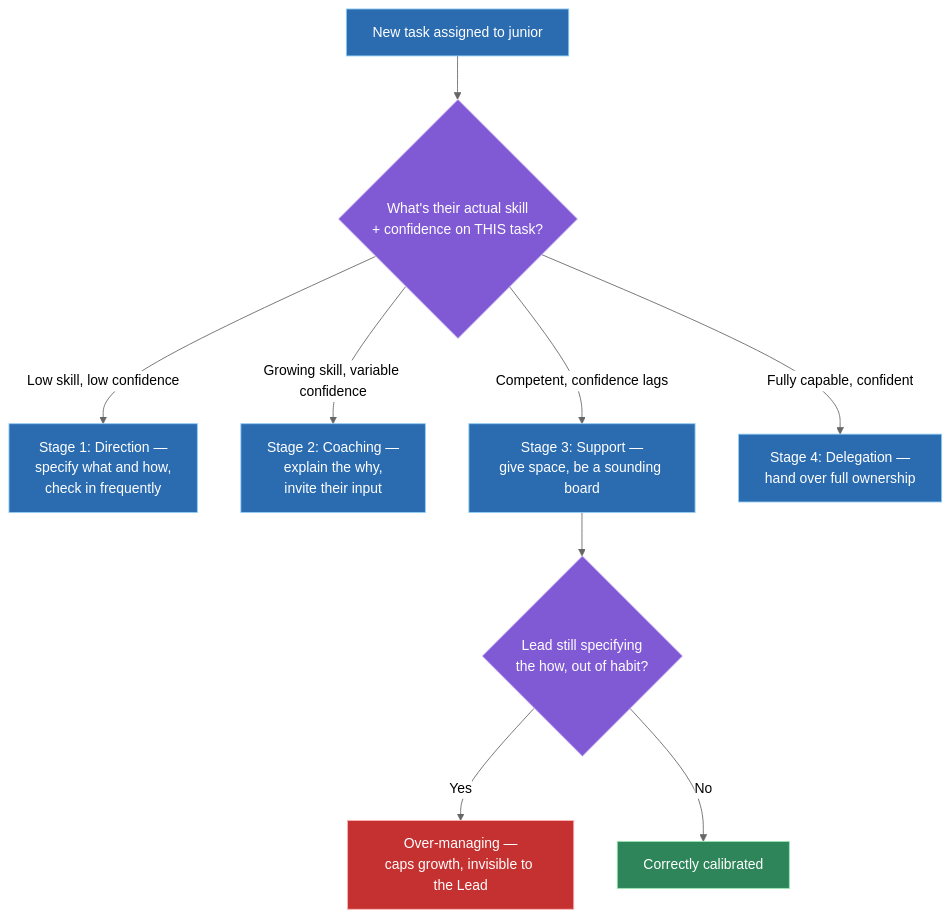
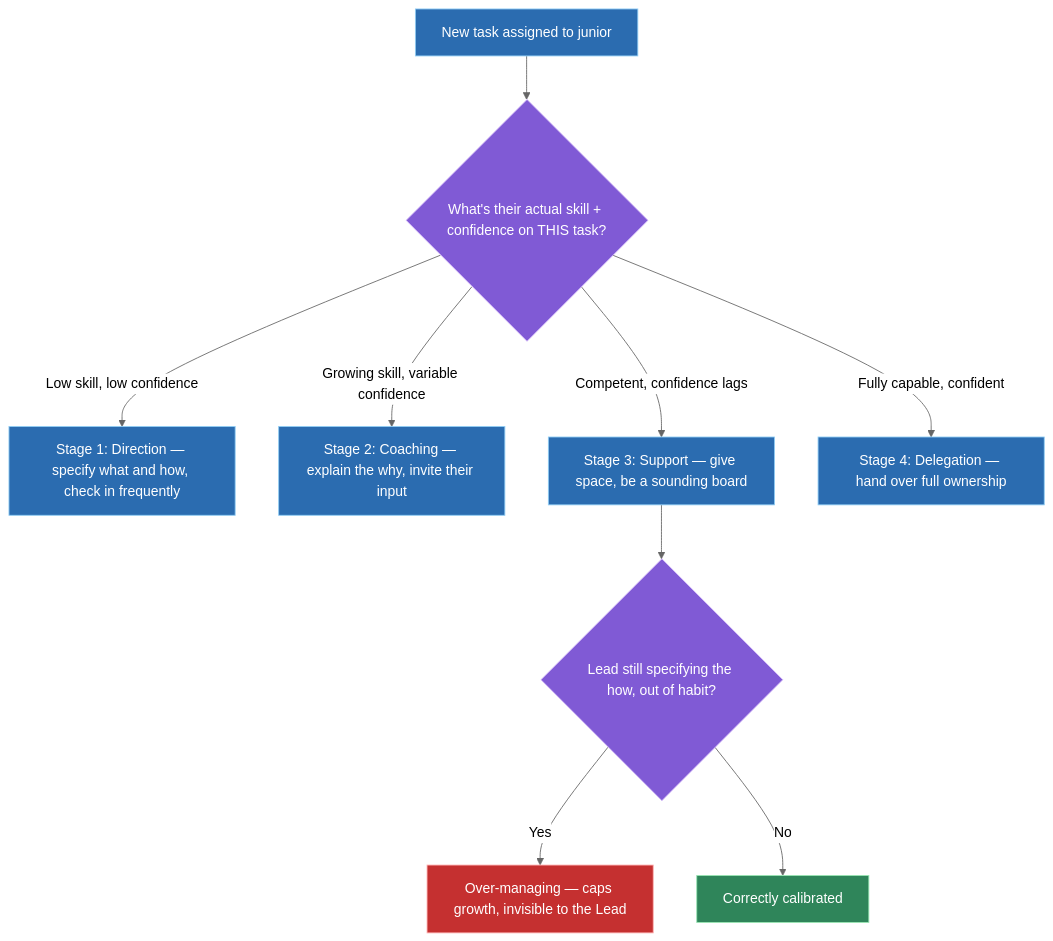
One commit to vinayakhumberi/litmus changed the first of 2 diagrams in data/topics/mentoring-juniors.md. Above: the diagram before and after it, drawn with Mermaid (neutral theme). The commit also changed other lines of this file and 68 other files, not shown here.

````diff
--- a/data/topics/mentoring-juniors.md
+++ b/data/topics/mentoring-juniors.md
@@ -107,23 +107,23 @@
 ```mermaid
 graph TD
-    A["New task assigned to junior"] --> B{"What's their actual skill<br>+ confidence on THIS task?"}
-    B -- "Low skill, low confidence" --> C["Stage 1: Direction —<br>specify what and how,<br>check in frequently"]
-    B -- "Growing skill, variable confidence" --> D["Stage 2: Coaching —<br>explain the why,<br>invite their input"]
-    B -- "Competent, confidence lags" --> E["Stage 3: Support —<br>give space, be a sounding board"]
-    B -- "Fully capable, confident" --> F["Stage 4: Delegation —<br>hand over full ownership"]
+    A["New task assigned to junior"] --> B{"What's their actual skill + confidence on THIS task?"}
+    B -- "Low skill, low confidence" --> C["Stage 1: Direction — specify what and how, check in frequently"]
+    B -- "Growing skill, variable confidence" --> D["Stage 2: Coaching — explain the why, invite their input"]
+    B -- "Competent, confidence lags" --> E["Stage 3: Support — give space, be a sounding board"]
+    B -- "Fully capable, confident" --> F["Stage 4: Delegation — hand over full ownership"]
 
-    E --> G{"Lead still specifying<br>the how, out of habit?"}
-    G -- "Yes" --> H["Over-managing —<br>caps growth, invisible to the Lead"]
+    E --> G{"Lead still specifying the how, out of habit?"}
+    G -- "Yes" --> H["Over-managing — caps growth, invisible to the Lead"]
     G -- "No" --> I["Correctly calibrated"]
 
     classDef stage fill:#2b6cb0,stroke:#90cdf4,color:#fff
     classDef decision fill:#805ad5,stroke:#d6bcfa,color:#fff
     classDef fix fill:#c53030,stroke:#feb2b2,color:#fff
     classDef done fill:#2f855a,stroke:#9ae6b4,color:#fff
 
     class A stage
     class B,G decision
     class C,D,E,F stage
     class H fix
     class I done
 ```
````
